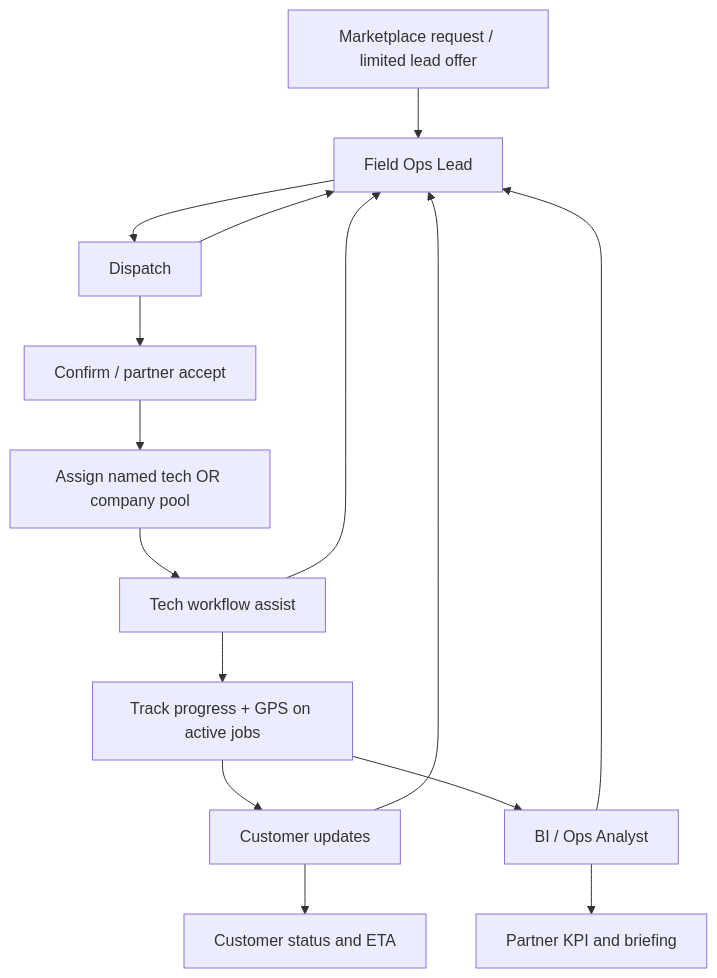
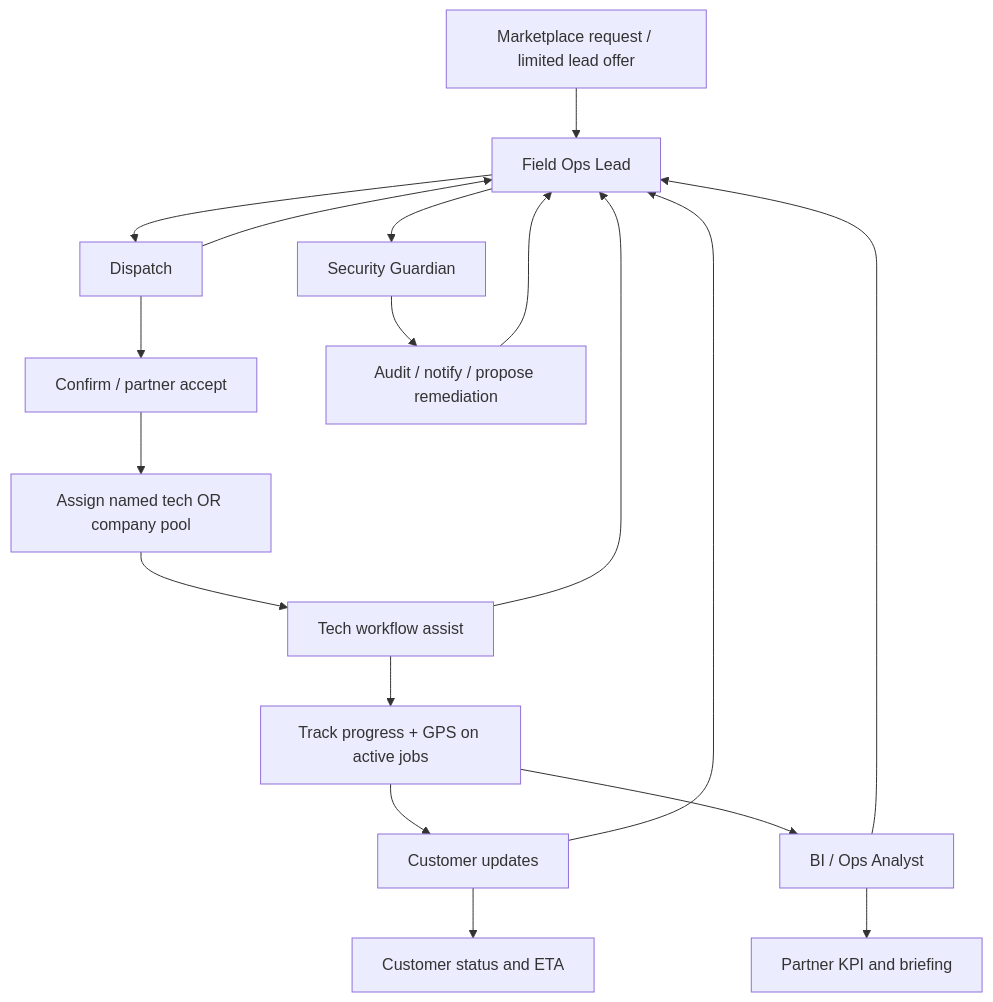
Before and after one commit to Ahmedaburas/Ahmedaburas: the diagram in darfix-agents/README.md, drawn with Mermaid. The commit also changed other lines of this file and 59944 other files, not shown here.

First line of the commit message:
Add Security Guardian agent for continuous defensive audits.

````diff
--- a/darfix-agents/README.md
+++ b/darfix-agents/README.md
@@ -21,17 +21,20 @@
 ```mermaid
 flowchart TD
     A[Marketplace request / limited lead offer] --> B[Field Ops Lead]
     B --> C[Dispatch]
     C --> D[Confirm / partner accept]
     D --> E[Assign named tech OR company pool]
     E --> F[Tech workflow assist]
     F --> G[Track progress + GPS on active jobs]
     G --> H[Customer updates]
     H --> I[Customer status and ETA]
     G --> J[BI / Ops Analyst]
     J --> K[Partner KPI and briefing]
+    B --> S[Security Guardian]
+    S --> T[Audit / notify / propose remediation]
+    T --> B
     C --> B
     F --> B
     H --> B
     J --> B
 ```
````
